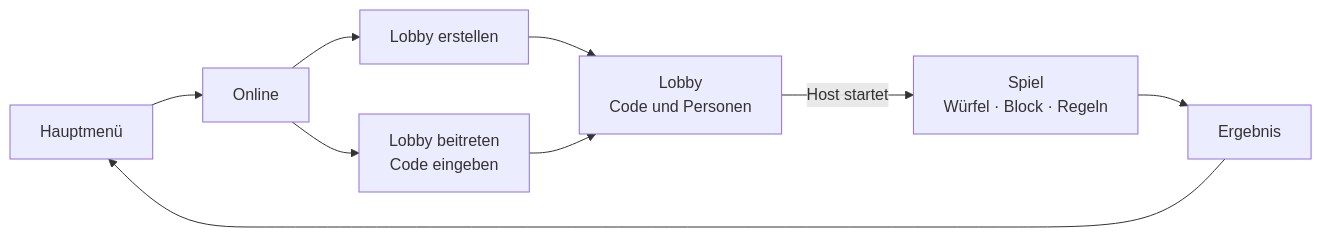
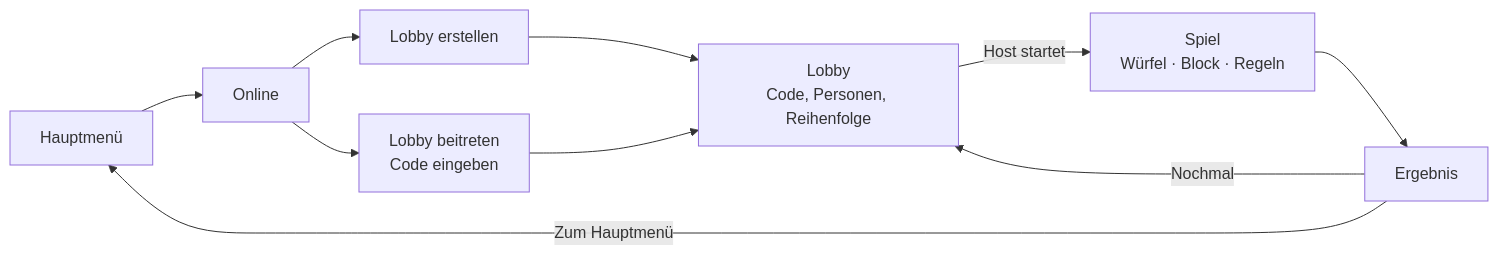
One commit to unpacked-dev/hexa changed the first of 3 diagrams in docs/online-konzept.md. Above: the diagram before and after it, drawn with Mermaid. The commit also changed other lines of this file, not shown here.

First line of the commit message:
Online-Konzept: Code, Reihenfolge, Revanche, Sicherheit

````diff
--- a/docs/online-konzept.md
+++ b/docs/online-konzept.md
@@ -43,11 +48,12 @@
 ```mermaid
 flowchart LR
   S[Hauptmenü] --> O[Online]
   O --> E[Lobby erstellen]
   O --> B[Lobby beitreten<br/>Code eingeben]
-  E --> L[Lobby<br/>Code und Personen]
+  E --> L[Lobby<br/>Code, Personen, Reihenfolge]
   B --> L
   L -->|Host startet| G[Spiel<br/>Würfel · Block · Regeln]
   G --> R[Ergebnis]
-  R --> S
+  R -->|Nochmal| L
+  R -->|Zum Hauptmenü| S
 ```
````
